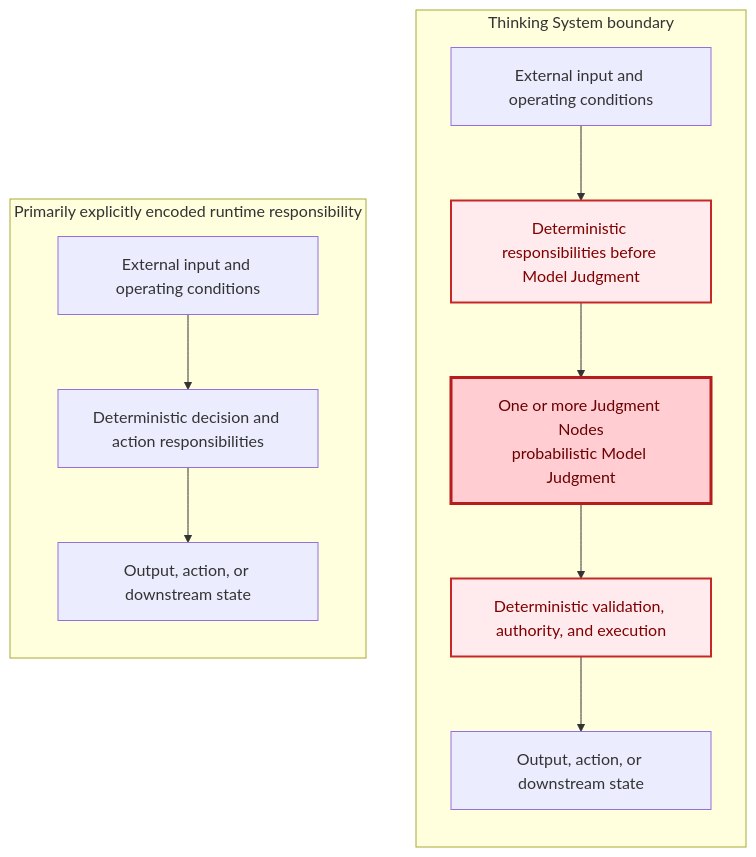
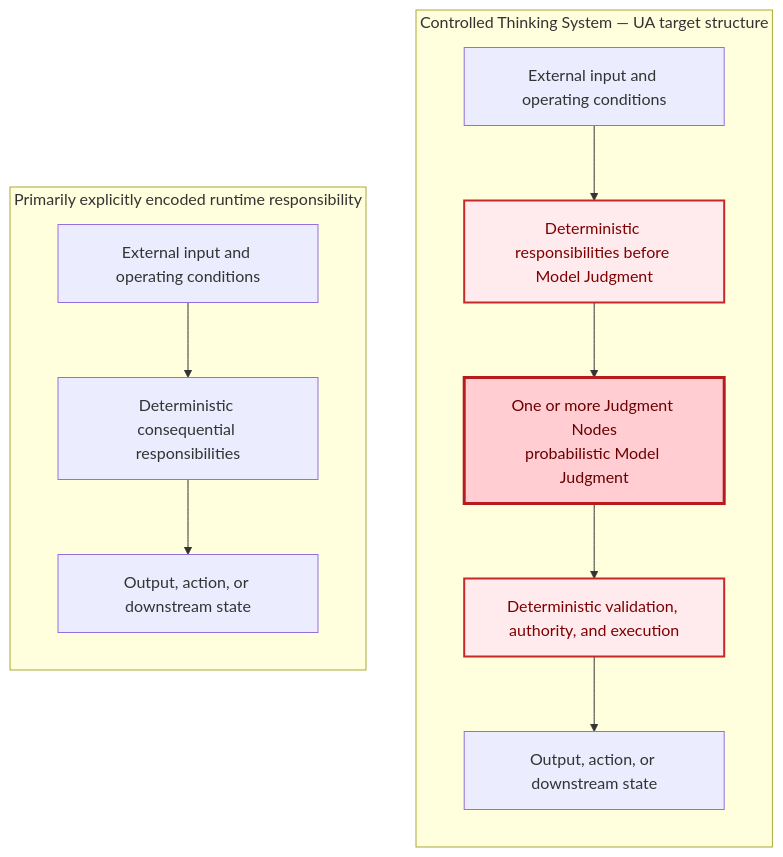
Before and after one commit to UncertaintyArchitectureGroup/uncertainty-architecture: the third of 14 diagrams in content/research/notes/open-engineering-specification-article-draft.md, drawn with Mermaid. The commit also changed other lines of this file and 15 other files, not shown here.

Commit message:
Clarify Thinking System object, control boundary, and research positioning

````diff
--- a/content/research/notes/open-engineering-specification-article-draft.md
+++ b/content/research/notes/open-engineering-specification-article-draft.md
@@ -164,27 +193,27 @@
 ```mermaid
 flowchart LR
     subgraph A["Primarily explicitly encoded runtime responsibility"]
         direction TB
         A1[External input and operating conditions]
-        A2[Deterministic decision and action responsibilities]
+        A2[Deterministic consequential responsibilities]
         A3[Output, action, or downstream state]
         A1 --> A2 --> A3
     end
 
-    subgraph B["Thinking System boundary"]
+    subgraph B["Controlled Thinking System — UA target structure"]
         direction TB
         B1[External input and operating conditions]
         B2[Deterministic responsibilities before Model Judgment]
         J1["One or more Judgment Nodes<br/>probabilistic Model Judgment"]
         B3[Deterministic validation, authority, and execution]
         B4[Output, action, or downstream state]
         B1 --> B2 --> J1 --> B3 --> B4
     end
 
     A2 ~~~ J1
 
     classDef changed fill:#ffebee,stroke:#c62828,stroke-width:2px,color:#7f0000;
     classDef judgment fill:#ffcdd2,stroke:#b71c1c,stroke-width:3px,color:#6a0000;
     class B2,B3 changed;
     class J1 judgment;
 ```
````
